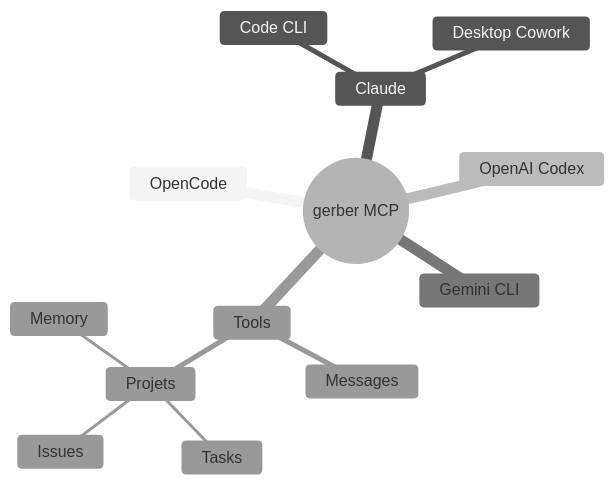
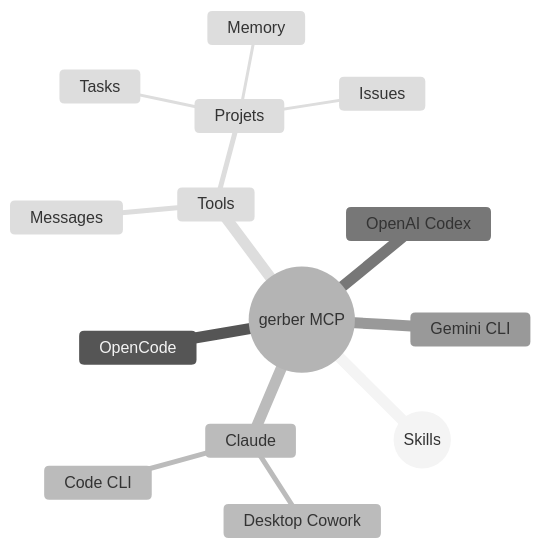
The diagram in README.md (eRom/gerber-caserne), drawn with Mermaid (neutral theme) before and after one commit. The commit also changed other lines of this file and 13 other files, not shown here.

````diff
--- a/README.md
+++ b/README.md
@@ -14,16 +14,18 @@
 ```mermaid
 mindmap
   root((gerber MCP))
+    S((Skills))
     OpenCode
     Claude
       Code CLI
       Desktop Cowork
     OpenAI Codex
     Gemini CLI
+    
     Tools
       Messages
       Projets
         Tasks
         Issues
         Memory
 ```
````
